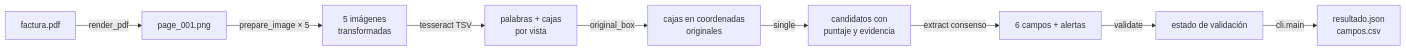
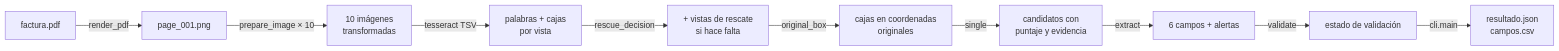
The second of 3 diagrams in docs/arquitectura.md (Jesusl2202/Document-Scanner), drawn with Mermaid before and after one commit. The commit also changed other lines of this file and 62 other files, not shown here.

````diff
--- a/docs/arquitectura.md
+++ b/docs/arquitectura.md
@@ -228,11 +274,12 @@
 ```mermaid
 flowchart LR
     A["factura.pdf"] -->|render_pdf| B["page_001.png"]
-    B -->|prepare_image × 5| C["5 imágenes<br/>transformadas"]
+    B -->|prepare_image × 10| C["10 imágenes<br/>transformadas"]
     C -->|tesseract TSV| D["palabras + cajas<br/>por vista"]
-    D -->|original_box| E["cajas en coordenadas<br/>originales"]
+    D -->|rescue_decision| D2["+ vistas de rescate<br/>si hace falta"]
+    D2 -->|original_box| E["cajas en coordenadas<br/>originales"]
     E -->|single| F["candidatos con<br/>puntaje y evidencia"]
-    F -->|extract consenso| G["6 campos + alertas"]
+    F -->|extract| G["6 campos + alertas"]
     G -->|validate| H["estado de validación"]
     H -->|cli.main| I["resultado.json<br/>campos.csv"]
 ```
````
